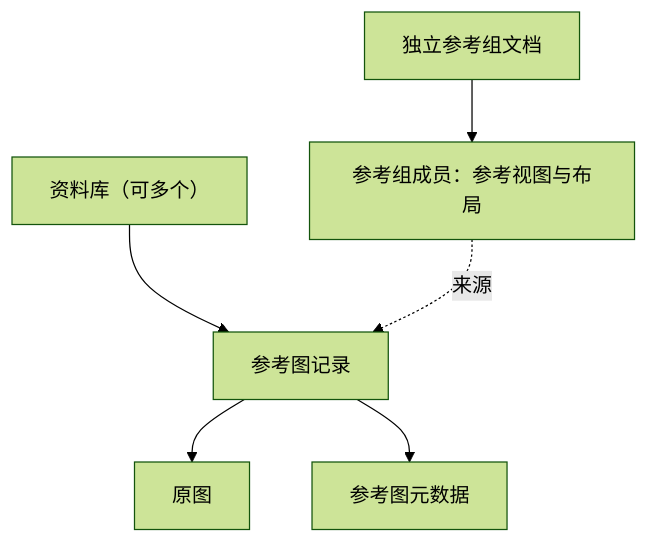
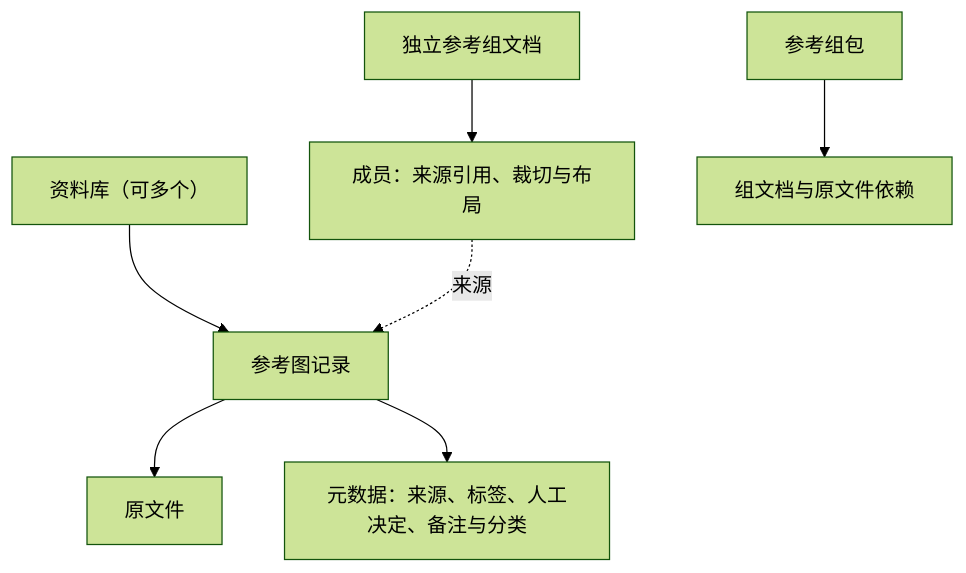
One commit to Yukk1No/kinshoko changed the diagram in docs/discovery/data-hierarchy.md. Above: the diagram before and after it, drawn with Mermaid (forest theme). The commit also changed other lines of this file and 6 other files, not shown here.

````diff
--- a/docs/discovery/data-hierarchy.md
+++ b/docs/discovery/data-hierarchy.md
@@ -7,8 +9,9 @@
 ```mermaid
 flowchart TB
     L["资料库（可多个）"] --> I["参考图记录"]
-    I --> O["原图"]
-    I --> M["参考图元数据"]
-    G["独立参考组文档"] --> V["参考组成员：参考视图与布局"]
+    I --> O["原文件"]
+    I --> M["元数据：来源、标签、人工决定、备注与分类"]
+    G["独立参考组文档"] --> V["成员：来源引用、裁切与布局"]
     V -. 来源 .-> I
+    P["参考组包"] --> D["组文档与原文件依赖"]
 ```
````
